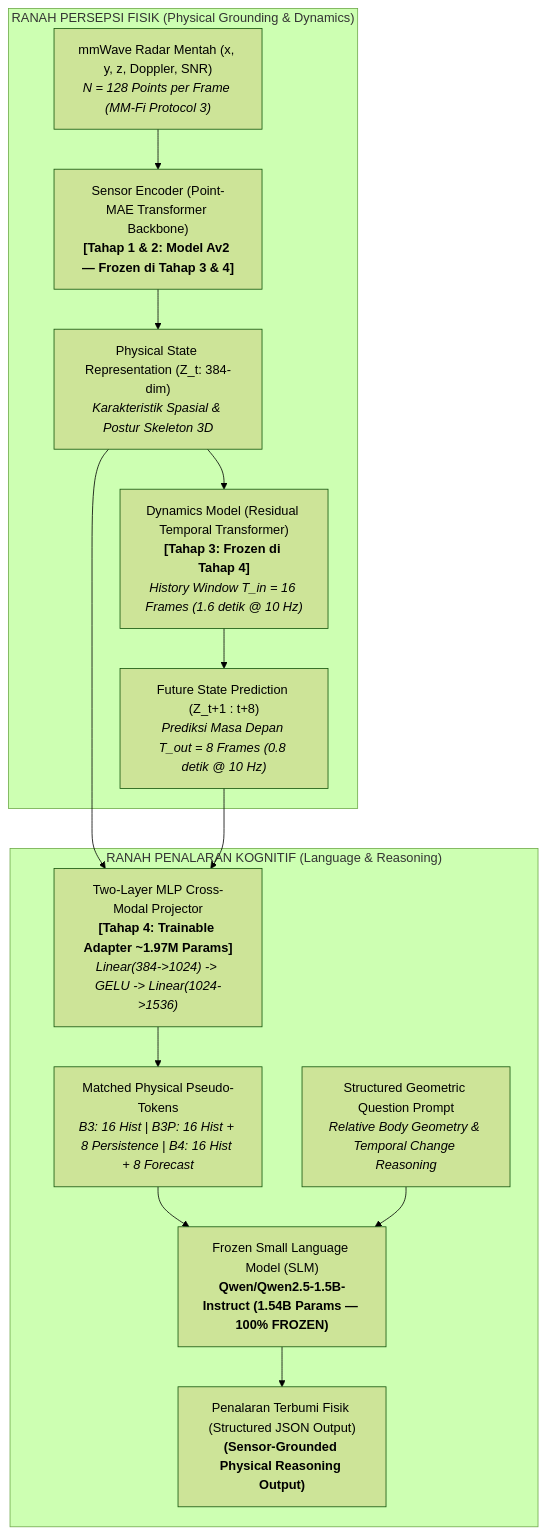
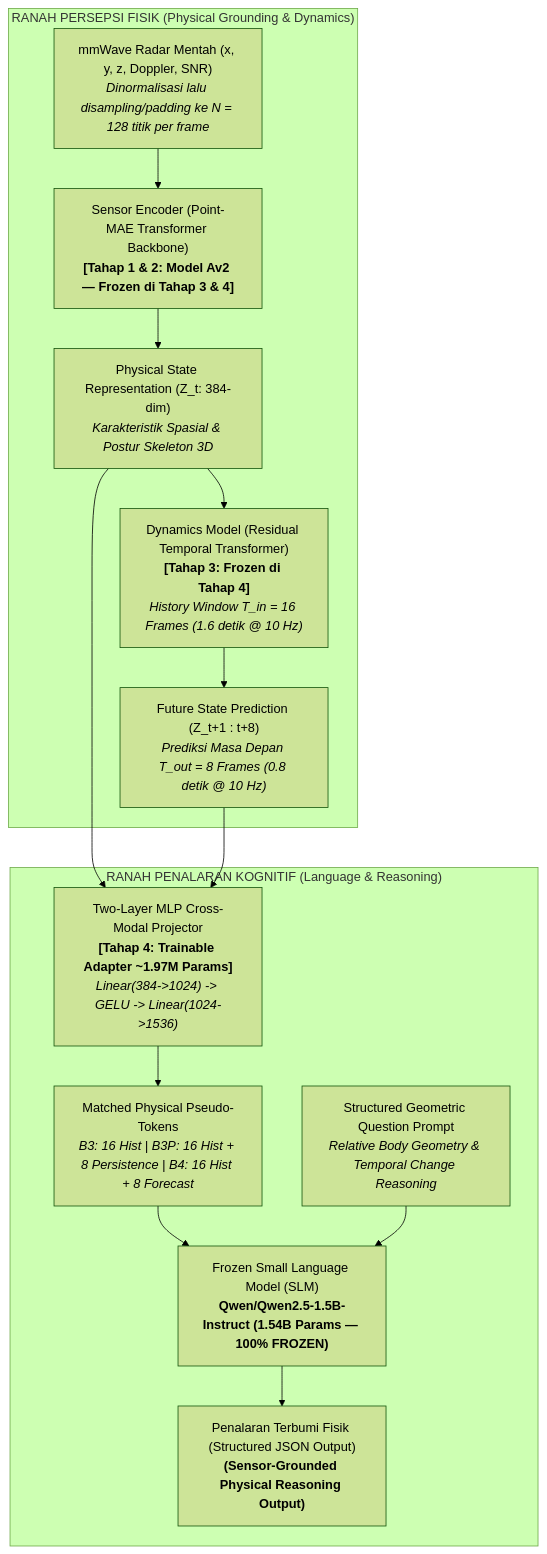
One commit to rfirmn/Learning-Physical-State-Representations-for-Sensor-Grounded-Reasoning-and-Future-State-Prediction changed the diagram in README.md. Above: the diagram before and after it, drawn with Mermaid (forest theme). The commit also changed other lines of this file and 2 other files, not shown here.

````diff
--- a/README.md
+++ b/README.md
@@ -18,27 +17,27 @@
 ```mermaid
 flowchart TD
     subgraph RF["RANAH PERSEPSI FISIK (Physical Grounding & Dynamics)"]
-        Raw["mmWave Radar Mentah (x, y, z, Doppler, SNR)<br/><i>N = 128 Points per Frame (MM-Fi Protocol 3)</i>"]
+        Raw["mmWave Radar Mentah (x, y, z, Doppler, SNR)<br/><i>Dinormalisasi lalu disampling/padding ke N = 128 titik per frame</i>"]
         Enc["Sensor Encoder (Point-MAE Transformer Backbone)<br/><b>[Tahap 1 & 2: Model Av2 — Frozen di Tahap 3 & 4]</b>"]
         Zt["Physical State Representation (Z_t: 384-dim)<br/><i>Karakteristik Spasial & Postur Skeleton 3D</i>"]
         Dyn["Dynamics Model (Residual Temporal Transformer)<br/><b>[Tahap 3: Frozen di Tahap 4]</b><br/><i>History Window T_in = 16 Frames (1.6 detik @ 10 Hz)</i>"]
         Future["Future State Prediction (Z_t+1 : t+8)<br/><i>Prediksi Masa Depan T_out = 8 Frames (0.8 detik @ 10 Hz)</i>"]
     end
 
     subgraph RK["RANAH PENALARAN KOGNITIF (Language & Reasoning)"]
         MLP["Two-Layer MLP Cross-Modal Projector<br/><b>[Tahap 4: Trainable Adapter ~1.97M Params]</b><br/><i>Linear(384->1024) -> GELU -> Linear(1024->1536)</i>"]
         Tokens["Matched Physical Pseudo-Tokens<br/><i>B3: 16 Hist | B3P: 16 Hist + 8 Persistence | B4: 16 Hist + 8 Forecast</i>"]
         LLM["Frozen Small Language Model (SLM)<br/><b>Qwen/Qwen2.5-1.5B-Instruct (1.54B Params — 100% FROZEN)</b>"]
         Prompt["Structured Geometric Question Prompt<br/><i>Relative Body Geometry & Temporal Change Reasoning</i>"]
         Output["Penalaran Terbumi Fisik (Structured JSON Output)<br/><b>(Sensor-Grounded Physical Reasoning Output)</b>"]
     end
 
     Raw --> Enc --> Zt
     Zt --> Dyn --> Future
     Zt --> MLP
     Future --> MLP
     MLP --> Tokens
     Tokens --> LLM
     Prompt --> LLM
     LLM --> Output
 ```
````
